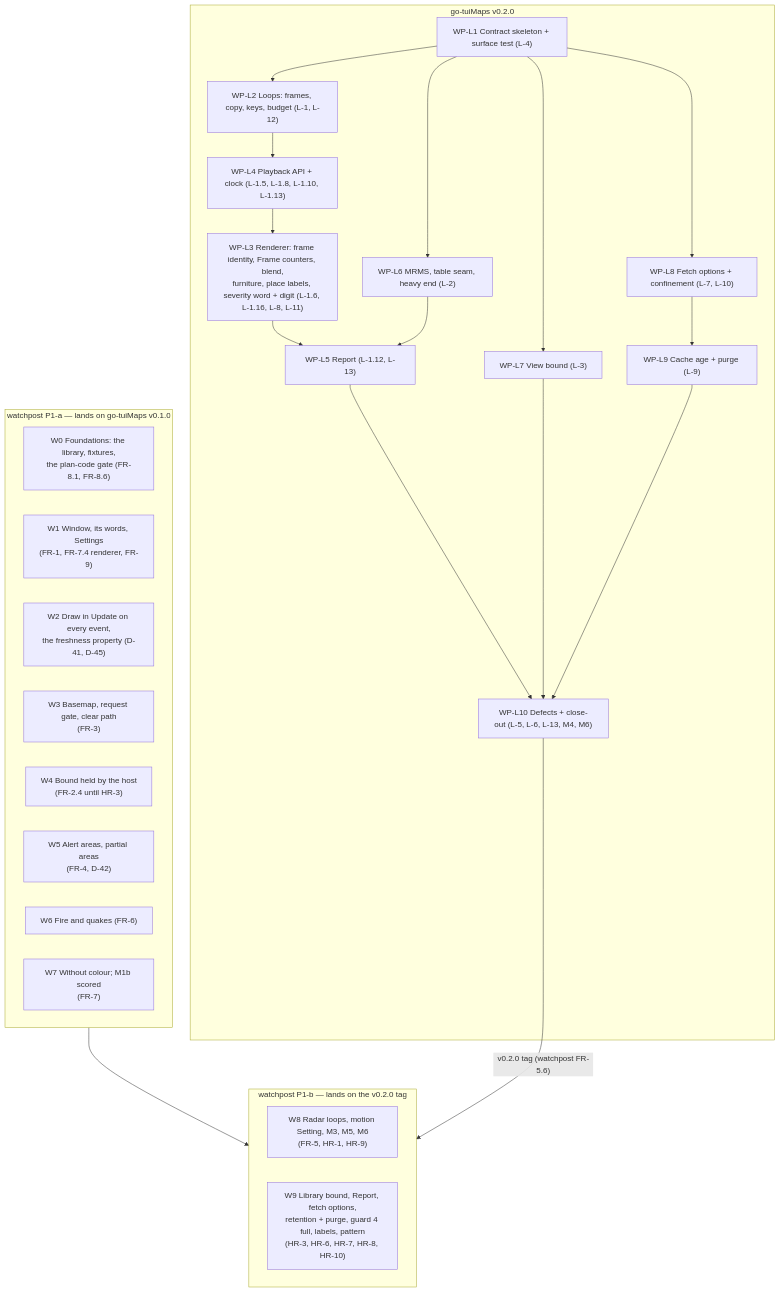
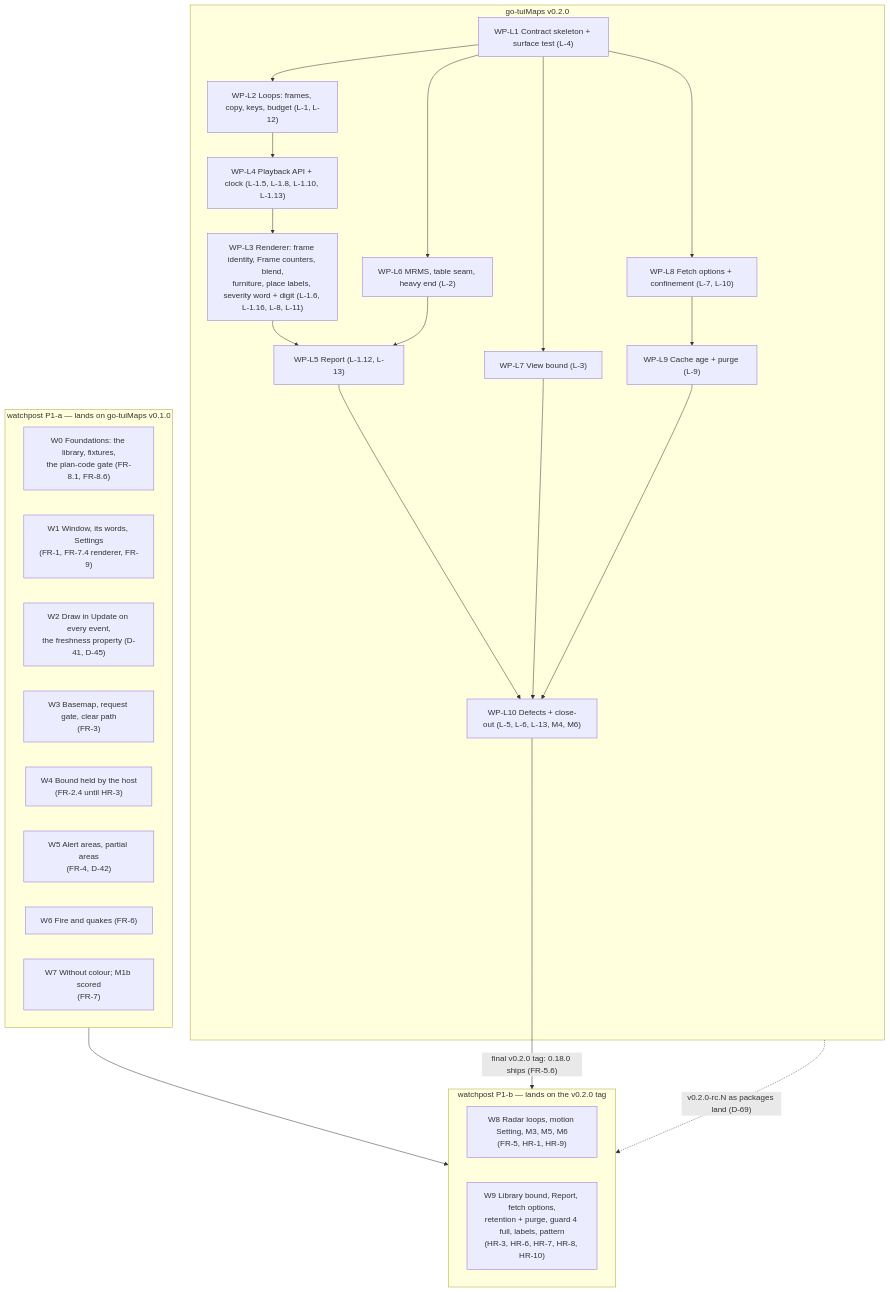
One commit to branden-thompson/go-tuimaps changed the diagram in 06_docs/02_features/radar-loops/03-architecture-design/integration-map.md. Above: the diagram before and after it, drawn with Mermaid. The commit also changed other lines of this file and 5 other files, not shown here.

````diff
--- a/06_docs/02_features/radar-loops/03-architecture-design/integration-map.md
+++ b/06_docs/02_features/radar-loops/03-architecture-design/integration-map.md
@@ -19,38 +19,39 @@
 ```mermaid
 flowchart TB
   subgraph WP1["watchpost P1-a — lands on go-tuiMaps v0.1.0"]
     W0["W0 Foundations: the library, fixtures,<br/>the plan-code gate (FR-8.1, FR-8.6)"]
     W1["W1 Window, its words, Settings<br/>(FR-1, FR-7.4 renderer, FR-9)"]
     W2["W2 Draw in Update on every event,<br/>the freshness property (D-41, D-45)"]
     W3["W3 Basemap, request gate, clear path<br/>(FR-3)"]
     W4["W4 Bound held by the host<br/>(FR-2.4 until HR-3)"]
     W5["W5 Alert areas, partial areas<br/>(FR-4, D-42)"]
     W6["W6 Fire and quakes (FR-6)"]
     W7["W7 Without colour; M1b scored<br/>(FR-7)"]
   end
   subgraph LIB["go-tuiMaps v0.2.0"]
     L0["WP-L1 Contract skeleton + surface test (L-4)"]
     L1["WP-L2 Loops: frames, copy, keys, budget (L-1, L-12)"]
     L3["WP-L4 Playback API + clock (L-1.5, L-1.8, L-1.10, L-1.13)"]
     L2["WP-L3 Renderer: frame identity, Frame counters, blend,<br/>furniture, place labels, severity word + digit (L-1.6, L-1.16, L-8, L-11)"]
     L4["WP-L5 Report (L-1.12, L-13)"]
     L5["WP-L6 MRMS, table seam, heavy end (L-2)"]
     L6["WP-L7 View bound (L-3)"]
     L7["WP-L8 Fetch options + confinement (L-7, L-10)"]
     L8["WP-L9 Cache age + purge (L-9)"]
     L9["WP-L10 Defects + close-out (L-5, L-6, L-13, M4, M6)"]
     L0 --> L1 --> L3 --> L2 --> L4
     L0 --> L5 --> L4
     L0 --> L6
     L0 --> L7 --> L8
     L4 --> L9
     L6 --> L9
     L8 --> L9
   end
   subgraph WP2["watchpost P1-b — lands on the v0.2.0 tag"]
     W8["W8 Radar loops, motion Setting, M3, M5, M6<br/>(FR-5, HR-1, HR-9)"]
     W9["W9 Library bound, Report, fetch options,<br/>retention + purge, guard 4 full, labels, pattern<br/>(HR-3, HR-6, HR-7, HR-8, HR-10)"]
   end
   WP1 --> WP2
-  L9 -->|"v0.2.0 tag (watchpost FR-5.6)"| WP2
+  L9 -->|"final v0.2.0 tag: 0.18.0 ships (FR-5.6)"| WP2
+  LIB -.->|"v0.2.0-rc.N as packages land (D-69)"| WP2
 ```
````
